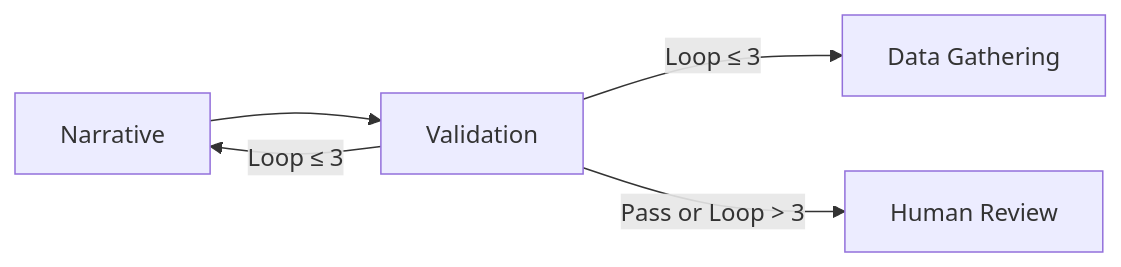
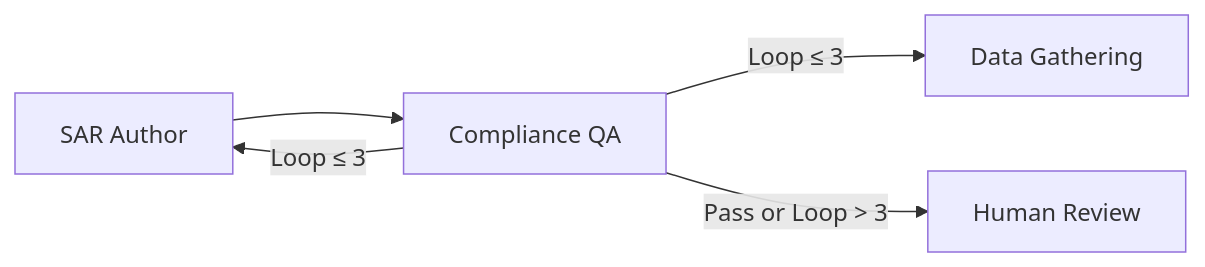
One commit to mongodb-industry-solutions/fsi-aml-fraud-detection changed diagram 13 of 19 in docs/AGENTIC_INVESTIGATION_PIPELINE.md. Above: the diagram before and after it, drawn with Mermaid. The commit also changed other lines of this file, not shown here.

````diff
--- a/docs/AGENTIC_INVESTIGATION_PIPELINE.md
+++ b/docs/AGENTIC_INVESTIGATION_PIPELINE.md
@@ -1056,7 +1047,7 @@
 ```mermaid
 flowchart LR
-    N["Narrative"] --> V["Validation"]
+    N["SAR Author"] --> V["Compliance QA"]
     V -->|"Loop ≤ 3"| N
     V -->|"Loop ≤ 3"| DG["Data Gathering"]
     V -->|"Pass or Loop > 3"| HR["Human Review"]
 ```
````
